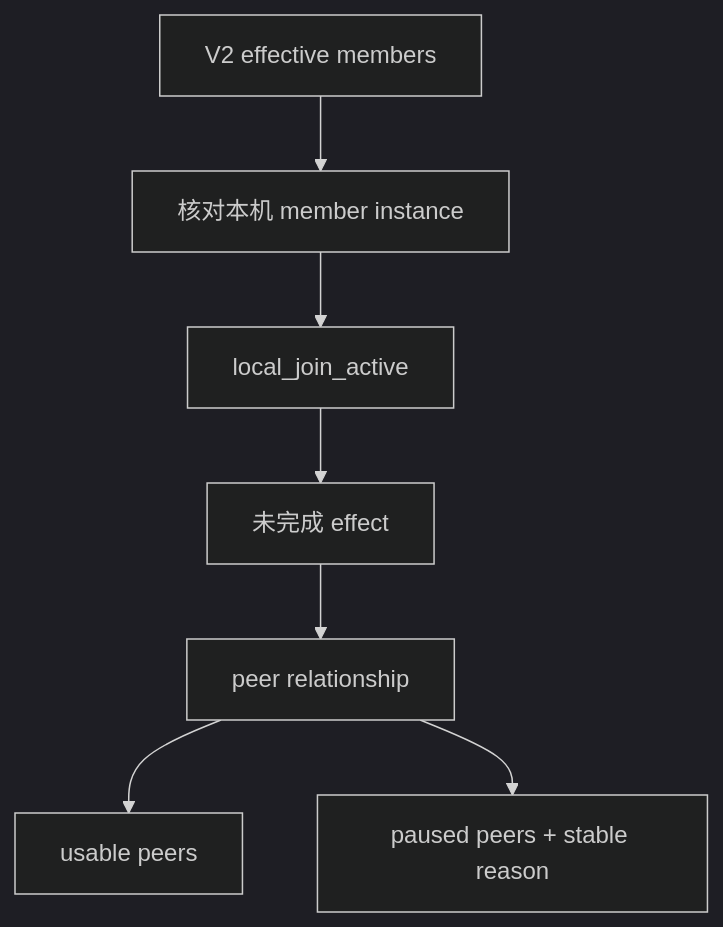
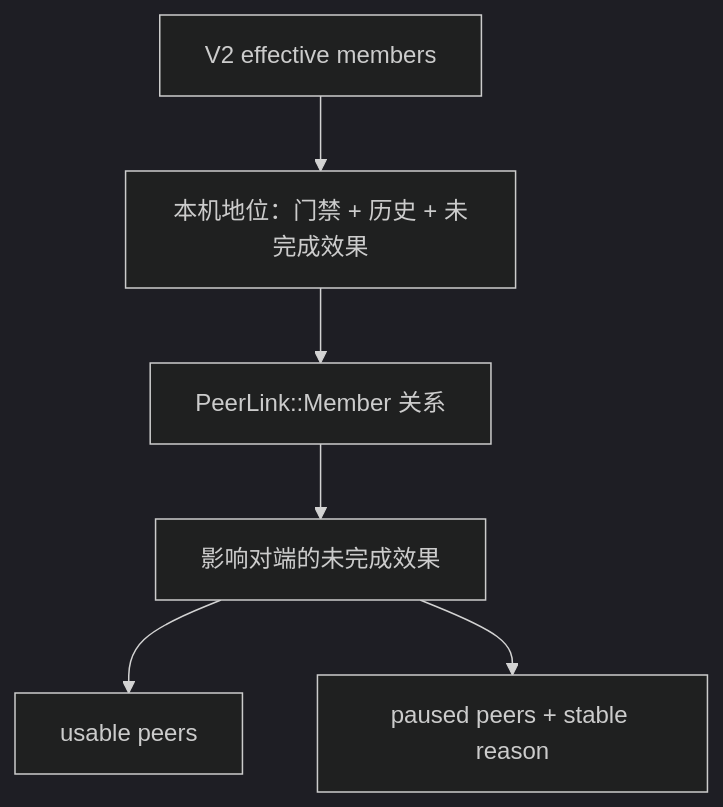
One commit to UniClipboard/Engine changed the fifth of 5 diagrams in docs/design-docs/space-application.md. Above: the diagram before and after it, drawn with Mermaid (dark theme). The commit also changed other lines of this file and 13 other files, not shown here.

````diff
--- a/docs/design-docs/space-application.md
+++ b/docs/design-docs/space-application.md
@@ -504,9 +506,8 @@
 ```mermaid
 flowchart TD
-    History[V2 effective members] --> Local[核对本机 member instance]
-    Local --> JoinGate[local_join_active]
-    JoinGate --> Effect[未完成 effect]
-    Effect --> Relationship[peer relationship]
-    Relationship --> Usable[usable peers]
-    Relationship --> Paused[paused peers + stable reason]
+    History[V2 effective members] --> Local[本机地位：门禁 + 历史 + 未完成效果]
+    Local --> Link[PeerLink::Member 关系]
+    Link --> Effect[影响对端的未完成效果]
+    Effect --> Usable[usable peers]
+    Effect --> Paused[paused peers + stable reason]
 ```
````
